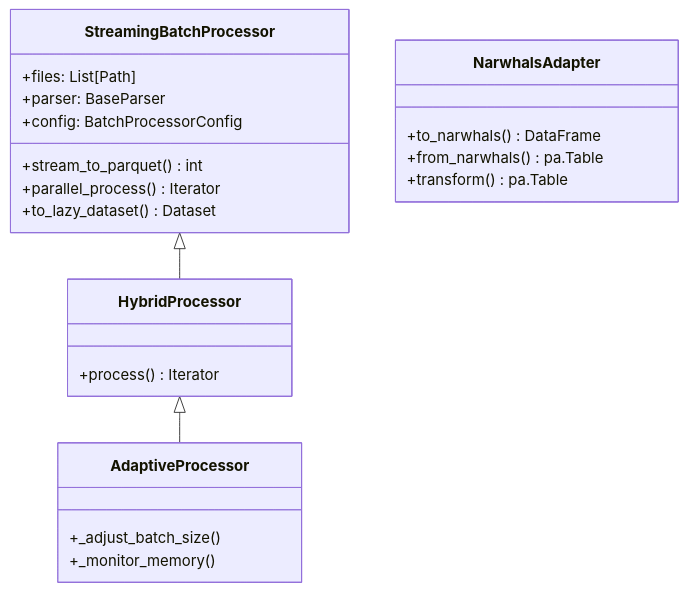
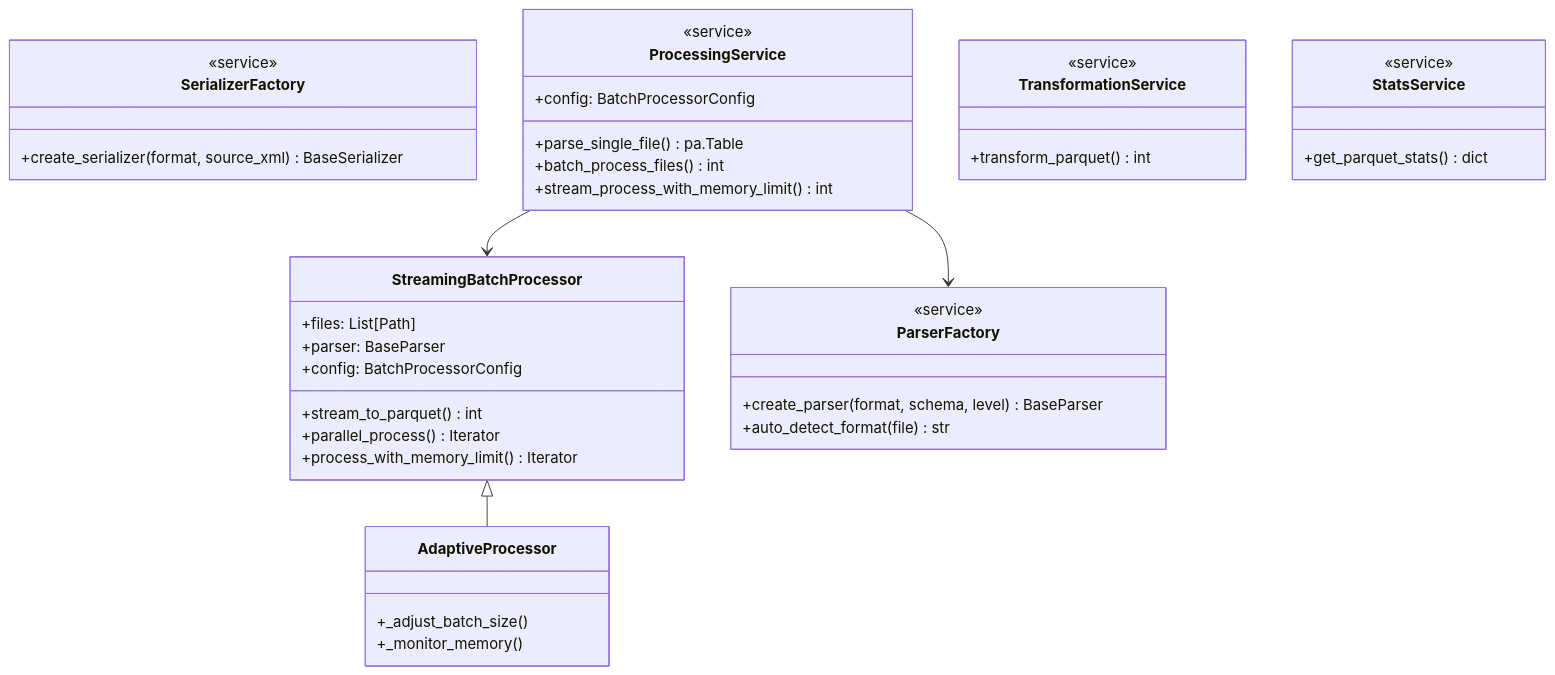
The third of 17 diagrams in ARCHITECTURE.md (AI-Riksarkivet/meleon), drawn with Mermaid before and after one commit. The commit also changed other lines of this file and 27 other files, not shown here.

````diff
--- a/ARCHITECTURE.md
+++ b/ARCHITECTURE.md
@@ -120,29 +136,49 @@
 ```mermaid
 classDiagram
     class StreamingBatchProcessor {
         +files: List[Path]
         +parser: BaseParser
         +config: BatchProcessorConfig
         +stream_to_parquet() int
         +parallel_process() Iterator
-        +to_lazy_dataset() Dataset
-    }
-
-    class HybridProcessor {
-        +process() Iterator
+        +process_with_memory_limit() Iterator
     }
 
     class AdaptiveProcessor {
         +_adjust_batch_size()
         +_monitor_memory()
     }
 
-    class NarwhalsAdapter {
-        +to_narwhals() DataFrame
-        +from_narwhals() pa.Table
-        +transform() pa.Table
+    class ParserFactory {
+        <<service>>
+        +create_parser(format, schema, level) BaseParser
+        +auto_detect_format(file) str
     }
 
-    StreamingBatchProcessor <|-- HybridProcessor
-    HybridProcessor <|-- AdaptiveProcessor
+    class SerializerFactory {
+        <<service>>
+        +create_serializer(format, source_xml) BaseSerializer
+    }
+
+    class ProcessingService {
+        <<service>>
+        +config: BatchProcessorConfig
+        +parse_single_file() pa.Table
+        +batch_process_files() int
+        +stream_process_with_memory_limit() int
+    }
+
+    class TransformationService {
+        <<service>>
+        +transform_parquet() int
+    }
+
+    class StatsService {
+        <<service>>
+        +get_parquet_stats() dict
+    }
+
+    StreamingBatchProcessor <|-- AdaptiveProcessor
+    ProcessingService --> ParserFactory
+    ProcessingService --> StreamingBatchProcessor
 ```
````
